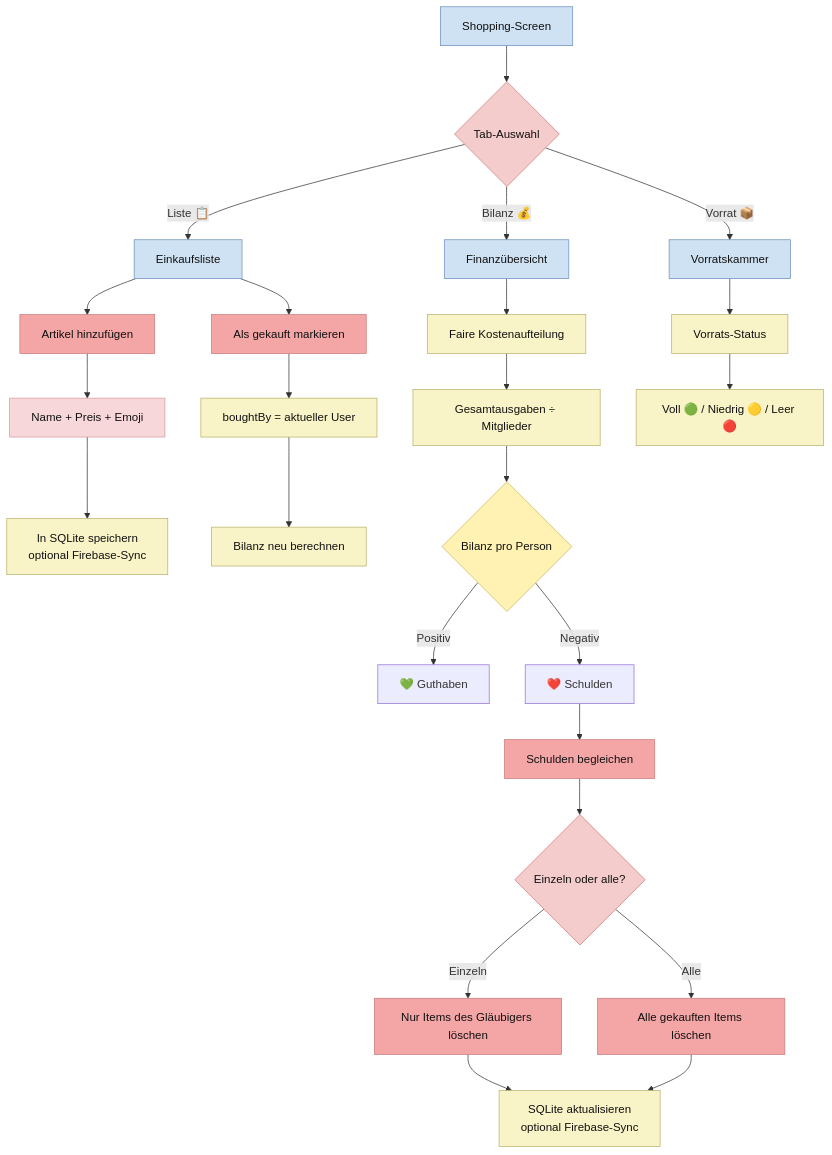
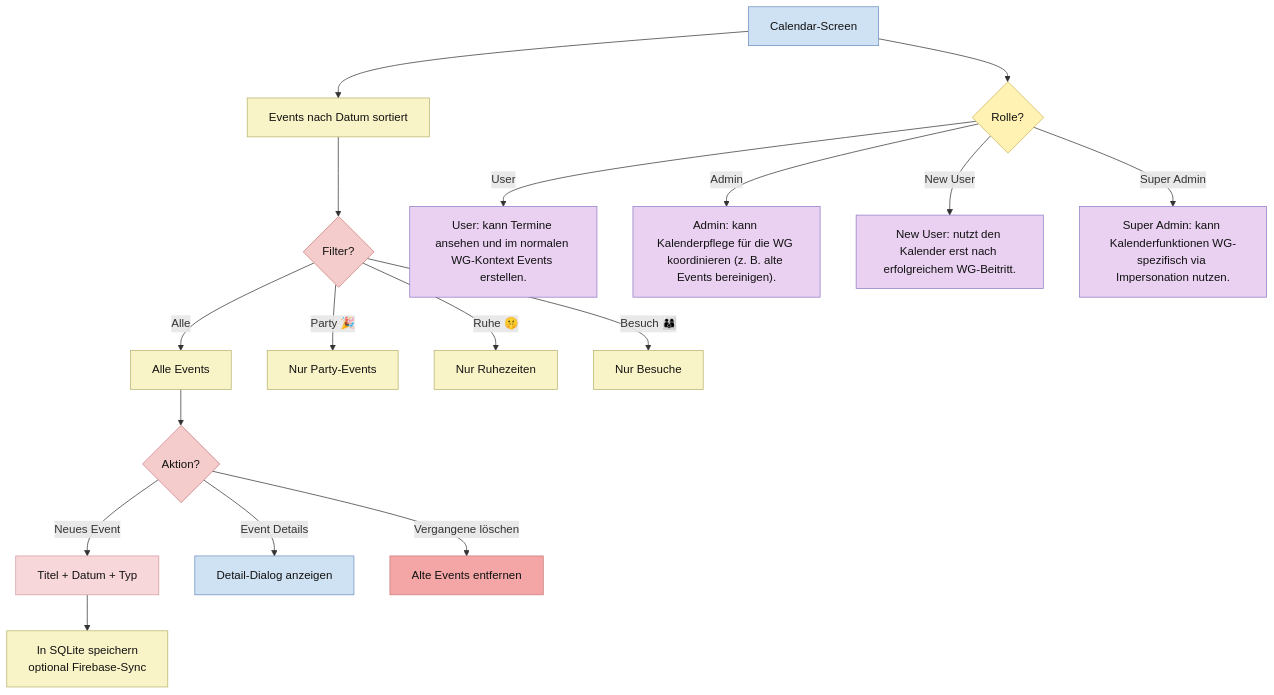
Before and after one commit to Nejy190501/WGManager: the sixth of 27 diagrams in ABLAUFDIAGRAMM.md, drawn with Mermaid. The commit also changed other lines of this file, not shown here.

````diff
--- a/ABLAUFDIAGRAMM.md
+++ b/ABLAUFDIAGRAMM.md
@@ -237,45 +336,42 @@
 ```mermaid
 flowchart TD
-    A["Shopping-Screen"] --> B{"Tab-Auswahl"}
-    B -->|Liste 📋| C["Einkaufsliste"]
-    B -->|Bilanz 💰| D["Finanzübersicht"]
-    B -->|Vorrat 📦| E["Vorratskammer"]
+    A["Calendar-Screen"] --> B["Events nach Datum sortiert"]
+    B --> C{"Filter?"}
+    C -->|Alle| D["Alle Events"]
+    C -->|Party 🎉| E["Nur Party-Events"]
+    C -->|Ruhe 🤫| F["Nur Ruhezeiten"]
+    C -->|Besuch 👨‍👩‍👦| G["Nur Besuche"]
     
-    C --> F["Artikel hinzufügen"]
-    F --> G["Name + Preis + Emoji"]
-    G --> H["In SQLite speichern<br/>optional Firebase-Sync"]
-    
-    C --> I["Als gekauft markieren"]
-    I --> J["boughtBy = aktueller User"]
-    J --> K["Bilanz neu berechnen"]
-    
-    D --> L["Faire Kostenaufteilung"]
-    L --> M["Gesamtausgaben ÷ Mitglieder"]
-    M --> N{"Bilanz pro Person"}
-    N -->|Positiv| O["💚 Guthaben"]
-    N -->|Negativ| P["❤️ Schulden"]
-    P --> Q["Schulden begleichen"]
-    Q --> R{"Einzeln oder alle?"}
-    R -->|Einzeln| S["Nur Items des Gläubigers löschen"]
-    R -->|Alle| T["Alle gekauften Items löschen"]
-    S --> U["SQLite aktualisieren<br/>optional Firebase-Sync"]
-    T --> U
-    
-    E --> V["Vorrats-Status"]
-    V --> W["Voll 🟢 / Niedrig 🟡 / Leer 🔴"]
+    D --> H{"Aktion?"}
+    H -->|Neues Event| I["Titel + Datum + Typ"]
+    I --> J["In SQLite speichern<br/>optional Firebase-Sync"]
+    H -->|Event Details| K["Detail-Dialog anzeigen"]
+    H -->|Vergangene löschen| L["Alte Events entfernen"]
+
+
+    A --> RLQ{"Rolle?"}
+    RLU["User: kann Termine ansehen und im normalen WG-Kontext Events erstellen."]
+    RLA["Admin: kann Kalenderpflege für die WG koordinieren (z. B. alte Events bereinigen)."]
+    RLN["New User: nutzt den Kalender erst nach erfolgreichem WG-Beitritt."]
+    RLS["Super Admin: kann Kalenderfunktionen WG-spezifisch via Impersonation nutzen."]
+    RLQ -->|User| RLU
+    RLQ -->|Admin| RLA
+    RLQ -->|New User| RLN
+    RLQ -->|Super Admin| RLS
 
     classDef userAction fill:#ead1f2,stroke:#8e7cc3,color:#111;
     classDef systemAction fill:#f9f4c7,stroke:#b7b26a,color:#111;
     classDef userDecision fill:#f4cccc,stroke:#cc7a7a,color:#111;
     classDef systemDecision fill:#fff2b2,stroke:#c9b458,color:#111;
     classDef button fill:#f4a6a6,stroke:#c97b7b,color:#111;
     classDef userInput fill:#f8d7da,stroke:#d49aa2,color:#111;
     classDef screen fill:#cfe2f3,stroke:#6c8ebf,color:#111;
 
-    class H,J,K,L,M,U,V,W systemAction;
-    class B,R userDecision;
-    class N systemDecision;
-    class F,I,Q,S,T button;
-    class G userInput;
-    class A,C,D,E screen;
+    class B,D,E,F,G,J systemAction;
+    class C,H userDecision;
+    class L button;
+    class I userInput;
+    class A,K screen;
+    class RLQ systemDecision;
+    class RLU,RLA,RLN,RLS userAction;
 ```
````
